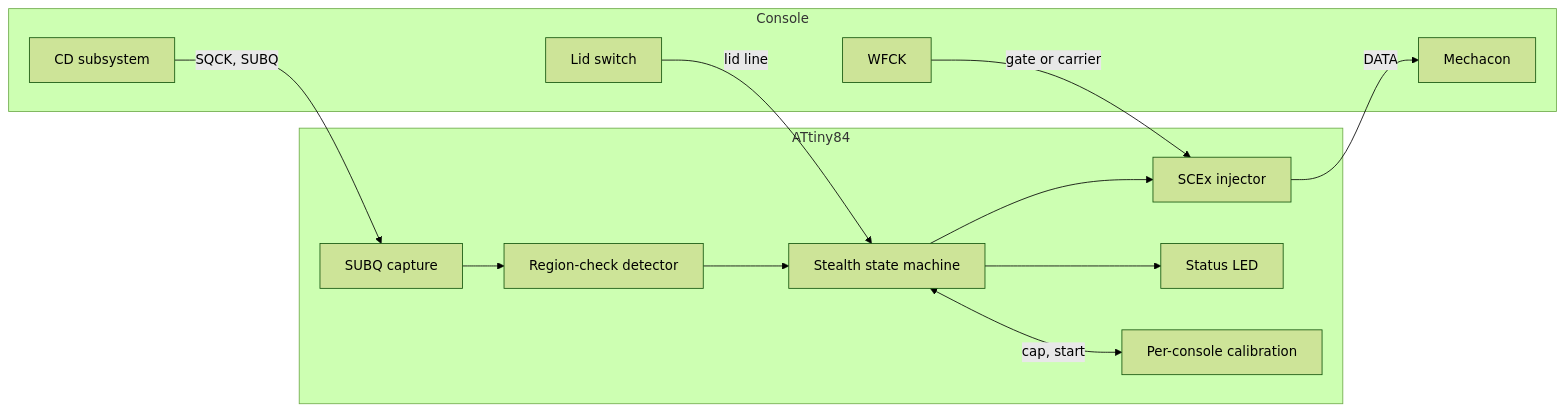
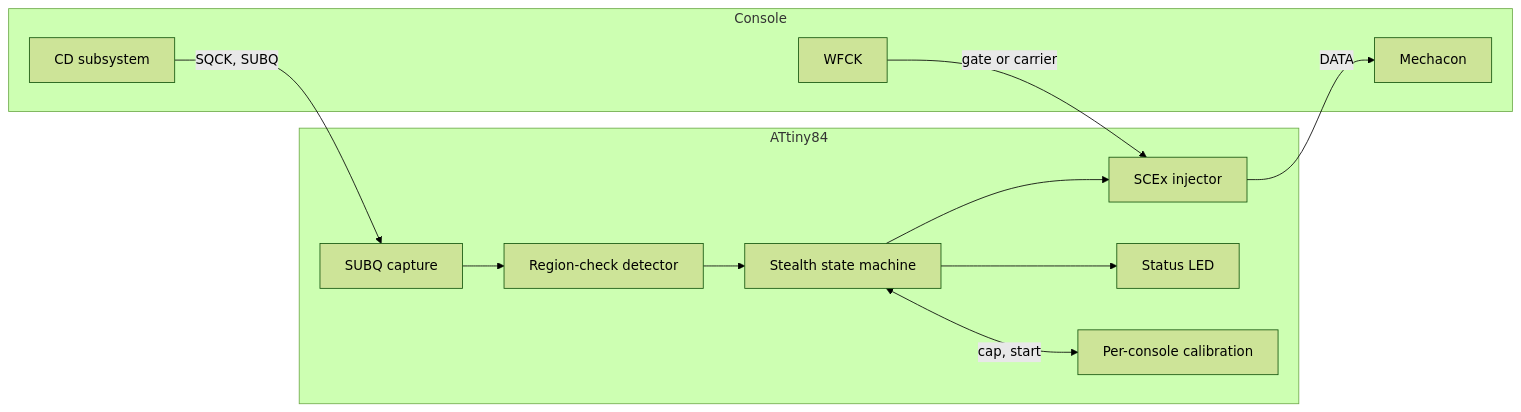
One commit to gufranco/openscex-modchip changed the diagram in README.md. Above: the diagram before and after it, drawn with Mermaid (forest theme). The commit also changed other lines of this file and 3 other files, not shown here.

````diff
--- a/README.md
+++ b/README.md
@@ -46,24 +46,22 @@
 ```mermaid
 graph LR
     subgraph Console
         CD[CD subsystem]
-        LID[Lid switch]
         WF[WFCK]
         MECH[Mechacon]
     end
     subgraph ATtiny84
         CAP[SUBQ capture]
         DET[Region-check detector]
         ST[Stealth state machine]
         INJ[SCEx injector]
         LED[Status LED]
         CAL[Per-console calibration]
     end
     CD -->|SQCK, SUBQ| CAP
     CAP --> DET --> ST --> INJ
     ST --> LED
     ST <-->|cap, start| CAL
-    LID -->|lid line| ST
     WF -->|gate or carrier| INJ
     INJ -->|DATA| MECH
 ```
````
